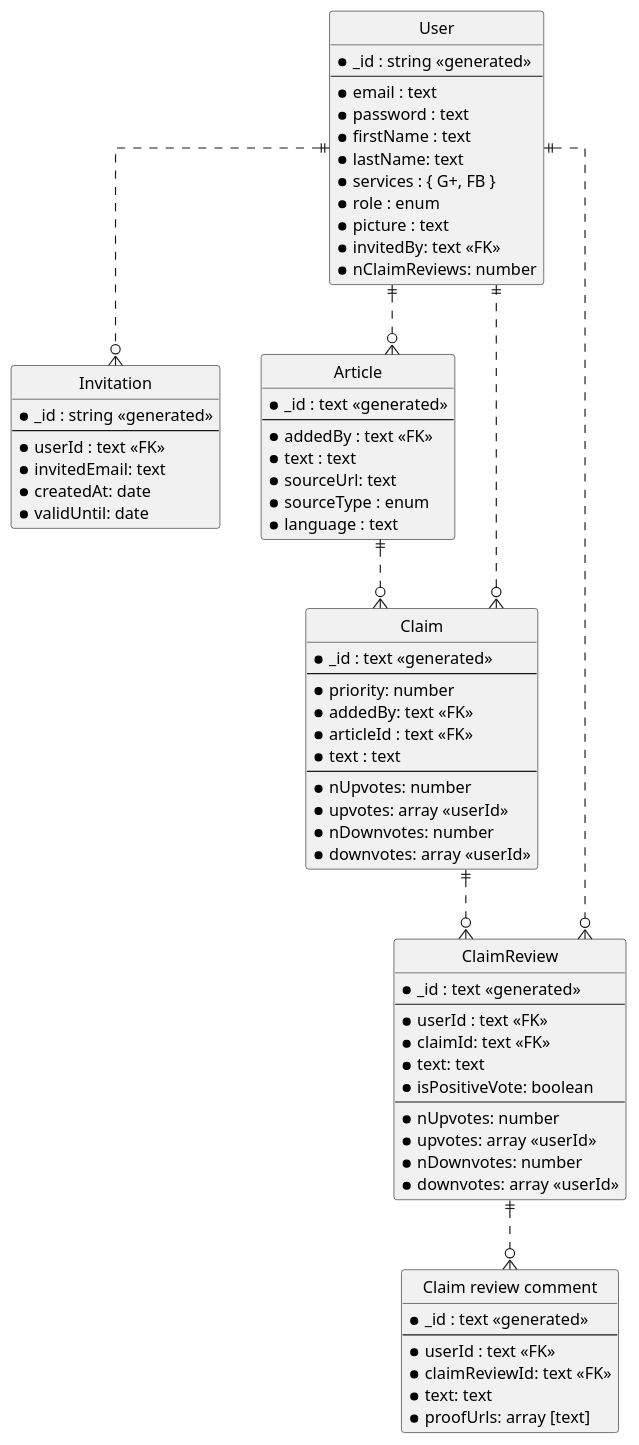
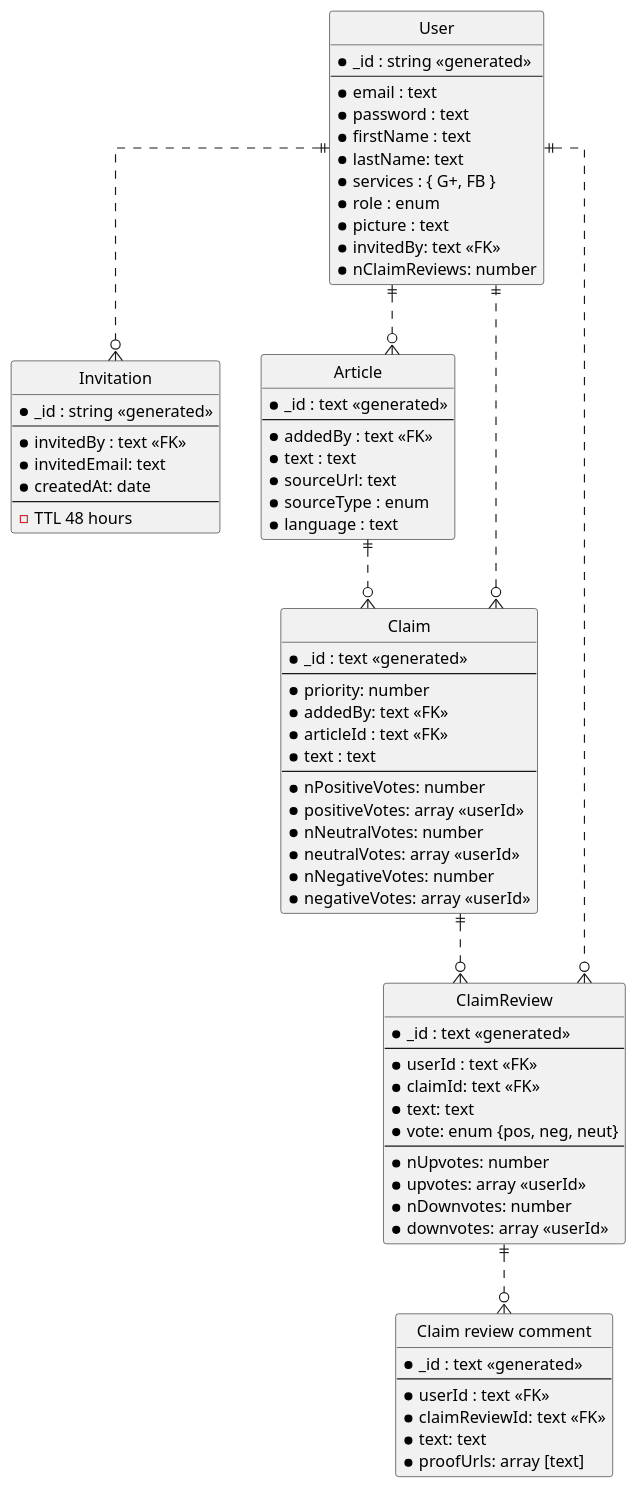
The diagram in sys_docs/entity_relations.puml (aic-factcheck/fact_checking_be), drawn with PlantUML before and after one commit. The commit also changed 7 other files, not shown here.

```diff
--- a/sys_docs/entity_relations.puml
+++ b/sys_docs/entity_relations.puml
@@ -1,85 +1,92 @@
 @startuml
 ' hide the spot
 hide circle
 
 ' avoid problems with angled crows feet
 skinparam linetype ortho
 
 entity "User" as user {
   *_id : string <<generated>>
   --
   *email : text
   *password : text
   *firstName : text
   *lastName: text
   *services : { G+, FB }
   *role : enum
   *picture : text
   *invitedBy: text <<FK>>
   *nClaimReviews: number
 }
 
 entity "Invitation" as inv {
   *_id : string <<generated>>
   --
-  *userId : text <<FK>>
+  *invitedBy : text <<FK>>
   *invitedEmail: text
   *createdAt: date
-  *validUntil: date
+  --
+  - TTL 48 hours
 }
 
 entity "Article" as article {
   *_id : text <<generated>>
   --
   *addedBy : text <<FK>>
   *text : text
   *sourceUrl: text
   *sourceType : enum
   *language : text
 }
 
 entity "Claim" as claim {
   *_id : text <<generated>>
   --
   *priority: number
   *addedBy: text <<FK>>
   *articleId : text <<FK>>
   *text : text
   --
-  *nUpvotes: number
-  *upvotes: array <<userId>>
-  *nDownvotes: number
-  *downvotes: array <<userId>>
+  *nPositiveVotes: number
+  *positiveVotes: array <<userId>>
+  *nNeutralVotes: number
+  *neutralVotes: array <<userId>>
+  *nNegativeVotes: number
+  *negativeVotes: array <<userId>>
+  ' *nUpvotes: number
+  ' *upvotes: array <<userId>>
+  ' *nDownvotes: number
+  ' *downvotes: array <<userId>>
 }
 
 entity "ClaimReview" as claimReview {
   *_id : text <<generated>>
   --
   *userId : text <<FK>>
   *claimId: text <<FK>>
   *text: text
-  *isPositiveVote: boolean
+  *vote: enum {pos, neg, neut}
   --
   *nUpvotes: number
   *upvotes: array <<userId>>
   *nDownvotes: number
   *downvotes: array <<userId>>
 }
 
 entity "Claim review comment" as claimReviewComment {
   *_id : text <<generated>>
   --
   *userId : text <<FK>>
   *claimReviewId: text <<FK>>
   *text: text
   *proofUrls: array [text] 
 }
 
 user ||..o{ article
 user ||..o{ inv
 article ||..o{ claim
 user ||..o{ claimReview
 claim ||..o{ claimReview
 claim }o..|| user
 claimReview ||..o{ claimReviewComment
 @enduml
```
